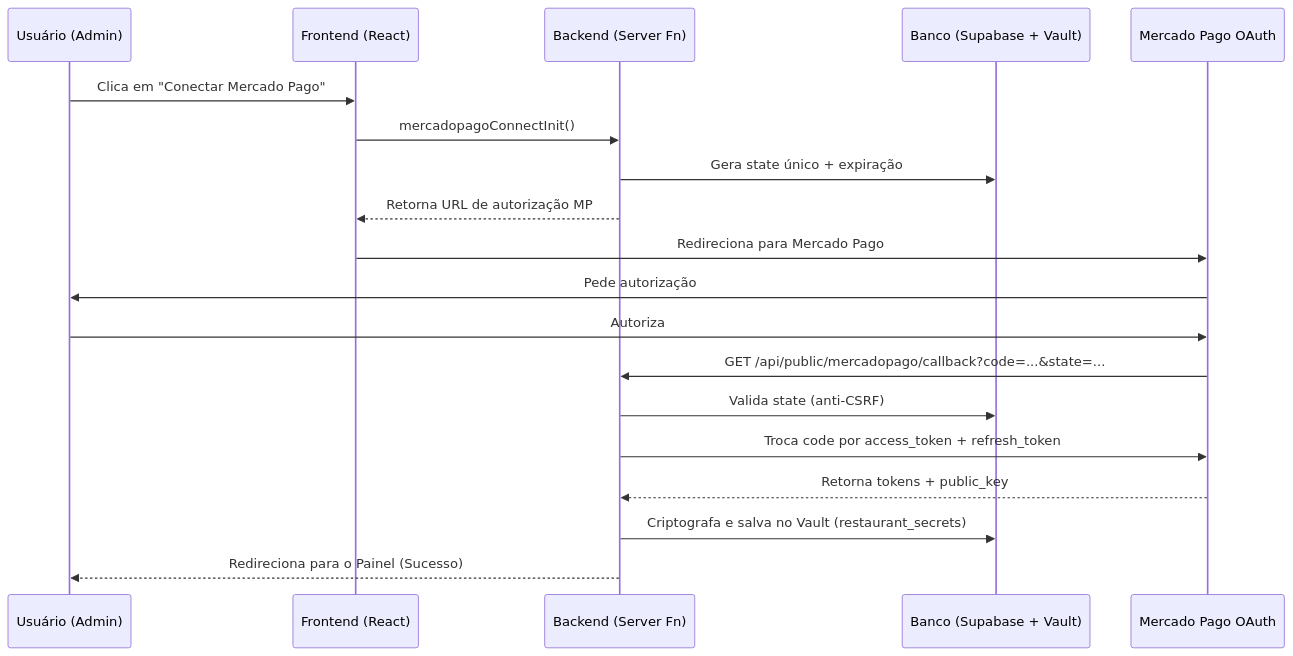
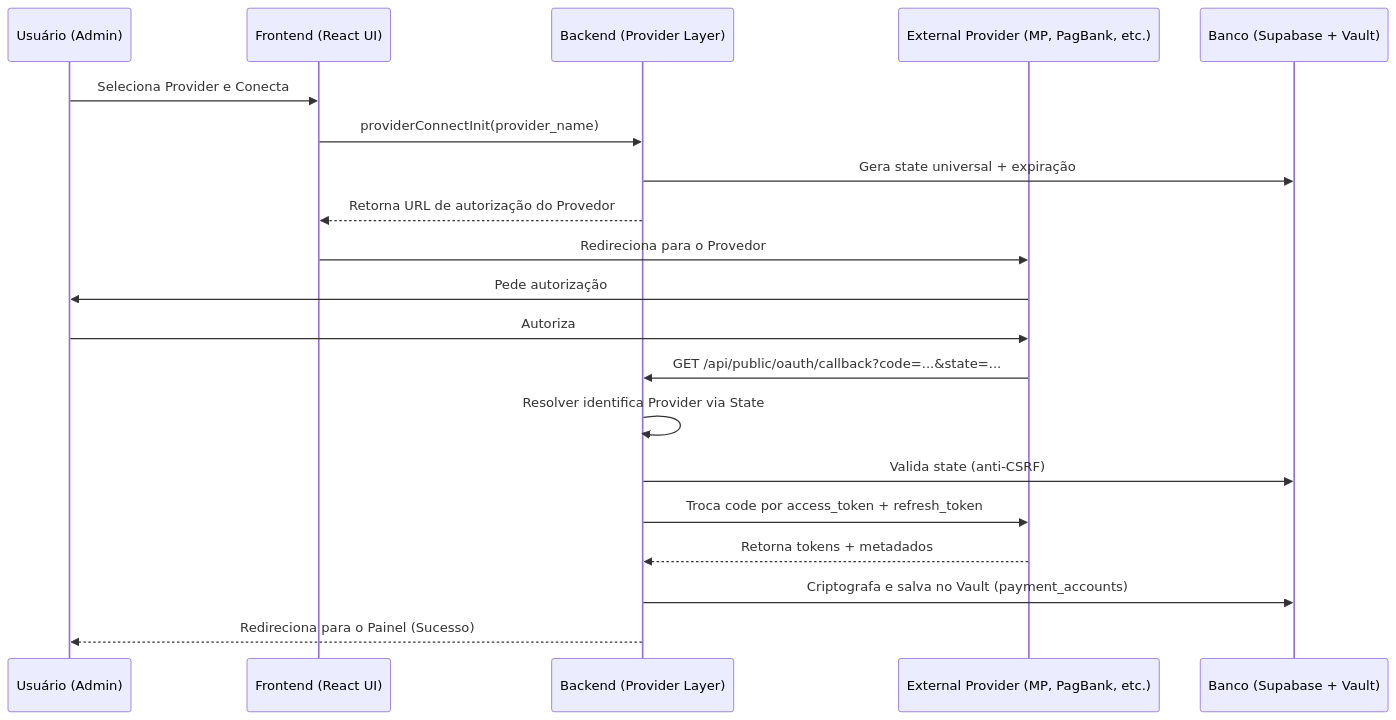
The first of 2 diagrams in docs/PAYMENT_PROVIDER_ARCHITECTURE.md (YCEMDB/jotaja-client-hub), drawn with Mermaid before and after one commit. The commit also changed other lines of this file and 7 other files, not shown here.

````diff
--- a/docs/PAYMENT_PROVIDER_ARCHITECTURE.md
+++ b/docs/PAYMENT_PROVIDER_ARCHITECTURE.md
@@ -11,22 +13,23 @@
 ```mermaid
 sequenceDiagram
     participant User as Usuário (Admin)
-    participant Front as Frontend (React)
-    participant Back as Backend (Server Fn)
+    participant Front as Frontend (React UI)
+    participant Back as Backend (Provider Layer)
+    participant Provider as External Provider (MP, PagBank, etc.)
     participant DB as Banco (Supabase + Vault)
-    participant MP as Mercado Pago OAuth
 
-    User->>Front: Clica em "Conectar Mercado Pago"
-    Front->>Back: mercadopagoConnectInit()
-    Back->>DB: Gera state único + expiração
-    Back-->>Front: Retorna URL de autorização MP
-    Front->>MP: Redireciona para Mercado Pago
-    MP->>User: Pede autorização
-    User->>MP: Autoriza
-    MP->>Back: GET /api/public/mercadopago/callback?code=...&state=...
+    User->>Front: Seleciona Provider e Conecta
+    Front->>Back: providerConnectInit(provider_name)
+    Back->>DB: Gera state universal + expiração
+    Back-->>Front: Retorna URL de autorização do Provedor
+    Front->>Provider: Redireciona para o Provedor
+    Provider->>User: Pede autorização
+    User->>Provider: Autoriza
+    Provider->>Back: GET /api/public/oauth/callback?code=...&state=...
+    Back->>Back: Resolver identifica Provider via State
     Back->>DB: Valida state (anti-CSRF)
-    Back->>MP: Troca code por access_token + refresh_token
-    MP-->>Back: Retorna tokens + public_key
-    Back->>DB: Criptografa e salva no Vault (restaurant_secrets)
+    Back->>Provider: Troca code por access_token + refresh_token
+    Provider-->>Back: Retorna tokens + metadados
+    Back->>DB: Criptografa e salva no Vault (payment_accounts)
     Back-->>User: Redireciona para o Painel (Sucesso)
 ```
````
